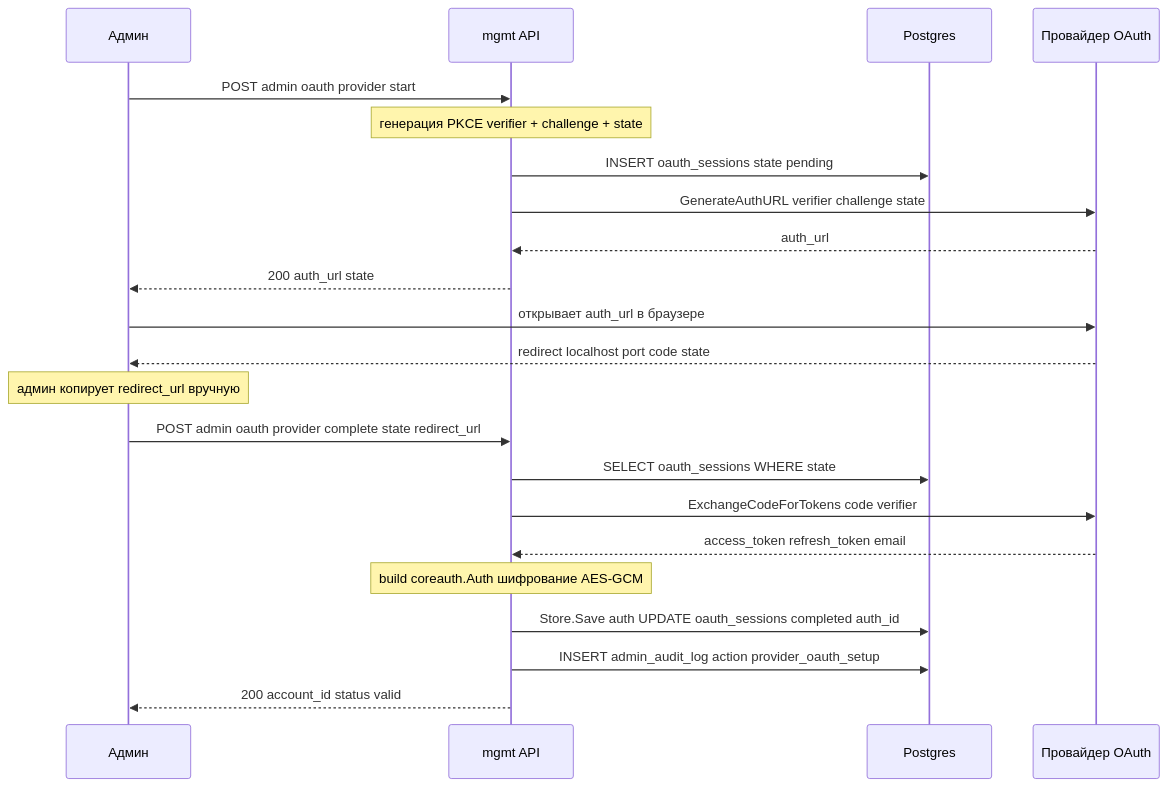
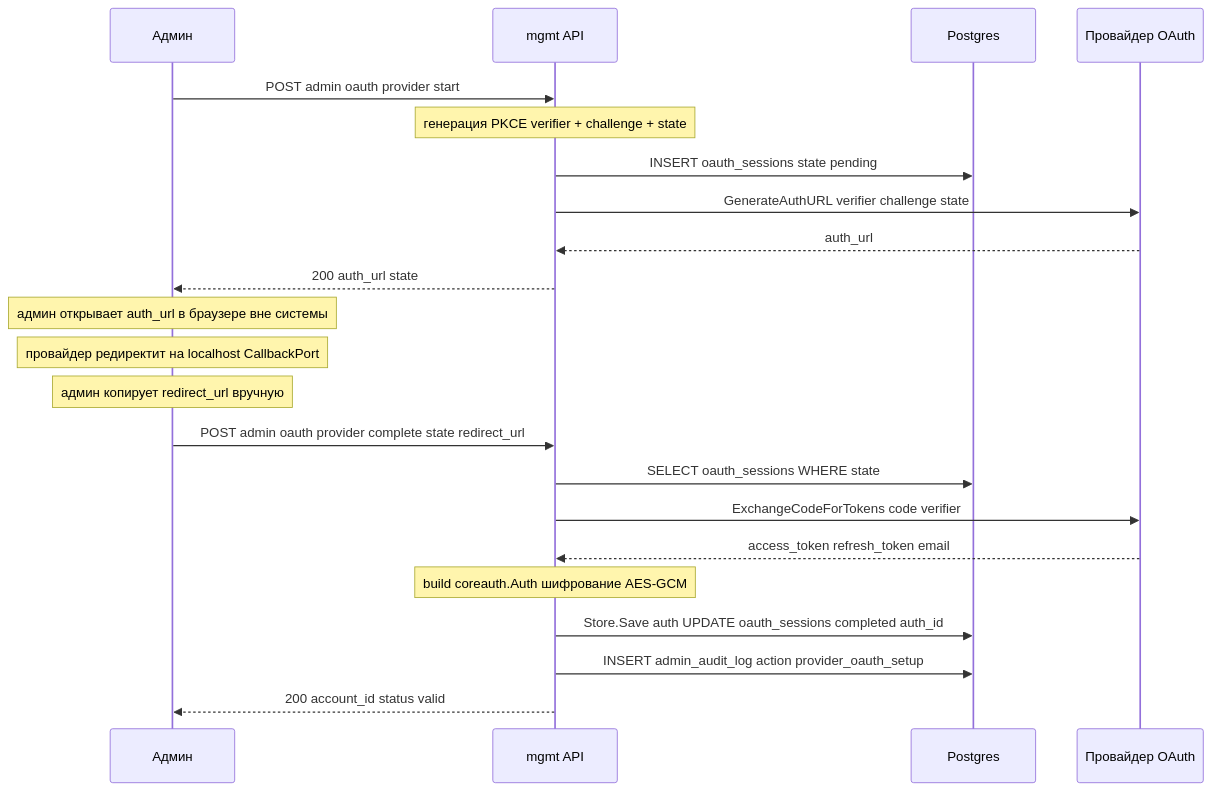
One commit to ilyast91/CLIProxyNew changed the first of 3 diagrams in docs/design/r9-oauth-and-testing.md. Above: the diagram before and after it, drawn with Mermaid. The commit also changed other lines of this file and 2 other files, not shown here.

Commit message:
docs: актуализация всех mermaid-диаграмм
Критические (противоречили дизайну/рассинхрон):
1. architecture.md OAuth-sequence (§6): переписана под актуальный R9.A.1 —
   своя реализация через FlowManager (не блокирующий sdkAuth.Manager.Login),
   сессии в Postgres, ручной copy-paste callback
2. database-schema.md ER: добавлена таблица oauth_sessions + связь
   с upstream_accounts; убрана неверная прямая связь admin_audit_log →
   upstream_accounts (target_id полиморфный, без FK)
3. architecture.md overview graph: добавлены новые компоненты auth/ldap,
   auth/oauth (FlowManager), auth/testing (Checker); разделены пакеты;
   service-bind к LDAP явно

Смысловые:
4. wiring: RegisterTokenStore к participant sdkAuth (не config)
5. auto-refresh: убрана точка в participant as (ProviderExecutor.Refresh → ProviderExecutor)
6. overview: LDAP вынесен из DS subgraph (он внешний сервис, не наше хранилище)

Мелкие:
7. inference: сокращена длинная Note over Gin
8. deployment: ConfigMap/Secret ко всем Pod'ам (не только P1)
9. design: A->>Prov (админ действует вне системы) заменён на Note over A
   в callback и device flow

````diff
--- a/docs/design/r9-oauth-and-testing.md
+++ b/docs/design/r9-oauth-and-testing.md
@@ -93,25 +93,25 @@
 ```mermaid
 sequenceDiagram
     participant A as Админ
     participant API as mgmt API
     participant DB as Postgres
     participant Prov as Провайдер OAuth
 
     A->>API: POST admin oauth provider start
     Note over API: генерация PKCE verifier + challenge + state
     API->>DB: INSERT oauth_sessions state pending
     API->>Prov: GenerateAuthURL verifier challenge state
     Prov-->>API: auth_url
     API-->>A: 200 auth_url state
-    A->>Prov: открывает auth_url в браузере
-    Prov-->>A: redirect localhost port code state
+    Note over A: админ открывает auth_url в браузере вне системы
+    Note over A: провайдер редиректит на localhost CallbackPort
     Note over A: админ копирует redirect_url вручную
     A->>API: POST admin oauth provider complete state redirect_url
     API->>DB: SELECT oauth_sessions WHERE state
     API->>Prov: ExchangeCodeForTokens code verifier
     Prov-->>API: access_token refresh_token email
     Note over API: build coreauth.Auth шифрование AES-GCM
     API->>DB: Store.Save auth UPDATE oauth_sessions completed auth_id
     API->>DB: INSERT admin_audit_log action provider_oauth_setup
     API-->>A: 200 account_id status valid
 ```
````
